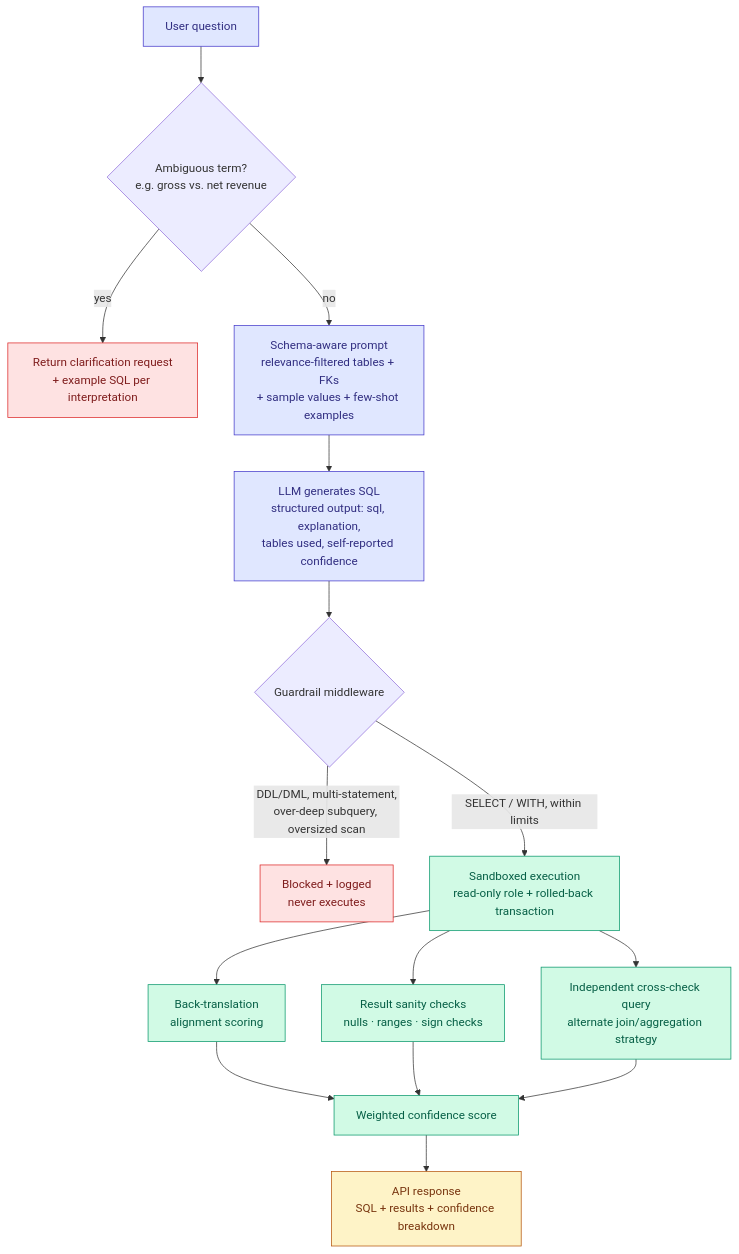
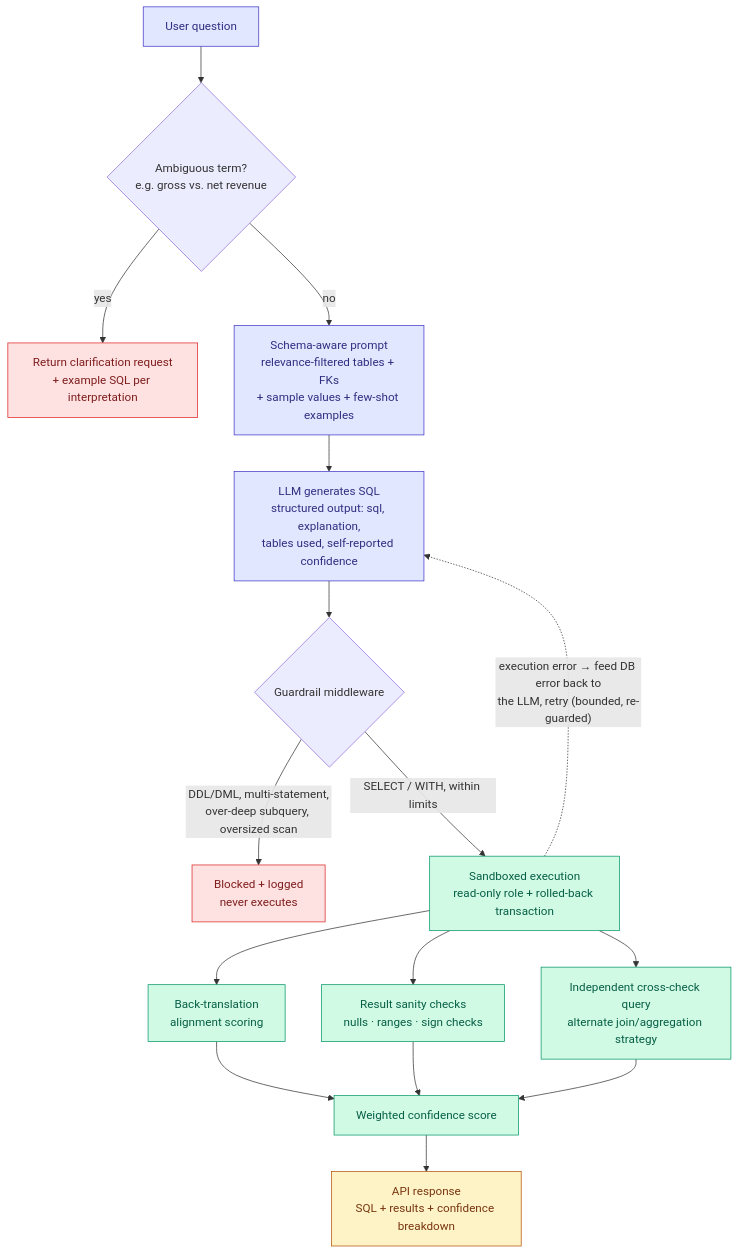
One commit to KushalChunduru/SafeSQL changed the second of 2 diagrams in README.md. Above: the diagram before and after it, drawn with Mermaid. The commit also changed other lines of this file, not shown here.

````diff
--- a/README.md
+++ b/README.md
@@ -109,26 +110,27 @@
 ```mermaid
 flowchart TD
     A["User question"] --> B{"Ambiguous term?<br/>e.g. gross vs. net revenue"}
     B -- yes --> B1["Return clarification request<br/>+ example SQL per interpretation"]
     B -- no --> C["Schema-aware prompt<br/>relevance-filtered tables + FKs<br/>+ sample values + few-shot examples"]
     C --> D["LLM generates SQL<br/>structured output: sql, explanation,<br/>tables used, self-reported confidence"]
     D --> E{"Guardrail middleware"}
     E -- "DDL/DML, multi-statement,<br/>over-deep subquery, oversized scan" --> E1["Blocked + logged<br/>never executes"]
     E -- SELECT / WITH, within limits --> F["Sandboxed execution<br/>read-only role + rolled-back transaction"]
+    F -. "execution error → feed DB error back to<br/>the LLM, retry (bounded, re-guarded)" .-> D
     F --> G1["Back-translation<br/>alignment scoring"]
     F --> G2["Result sanity checks<br/>nulls · ranges · sign checks"]
     F --> G3["Independent cross-check query<br/>alternate join/aggregation strategy"]
     G1 --> H["Weighted confidence score"]
     G2 --> H
     G3 --> H
     H --> I["API response<br/>SQL + results + confidence breakdown"]
 
     classDef entry fill:#e0e7ff,stroke:#4338ca,color:#312e81;
     classDef danger fill:#fee2e2,stroke:#dc2626,color:#7f1d1d;
     classDef safe fill:#d1fae5,stroke:#059669,color:#065f46;
     classDef output fill:#fef3c7,stroke:#b45309,color:#78350f;
     class A,C,D entry;
     class B1,E1 danger;
     class F,G1,G2,G3,H safe;
     class I output;
 ```
````
